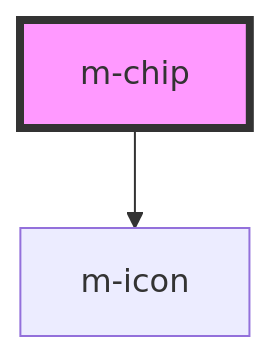
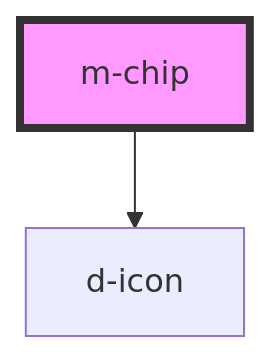
One commit to dynamic-framework/dynamic-ui changed the diagram in libraries/dynamic-ui/src/components/m-chip/readme.md. Above: the diagram before and after it, drawn with Mermaid. The commit also changed other lines of this file and 54 other files, not shown here.

````diff
--- a/libraries/dynamic-ui/src/components/m-chip/readme.md
+++ b/libraries/dynamic-ui/src/components/m-chip/readme.md
@@ -34,5 +34,5 @@
 ```mermaid
 graph TD;
-  m-chip --> m-icon
+  m-chip --> d-icon
   style m-chip fill:#f9f,stroke:#333,stroke-width:4px
 ```
````
